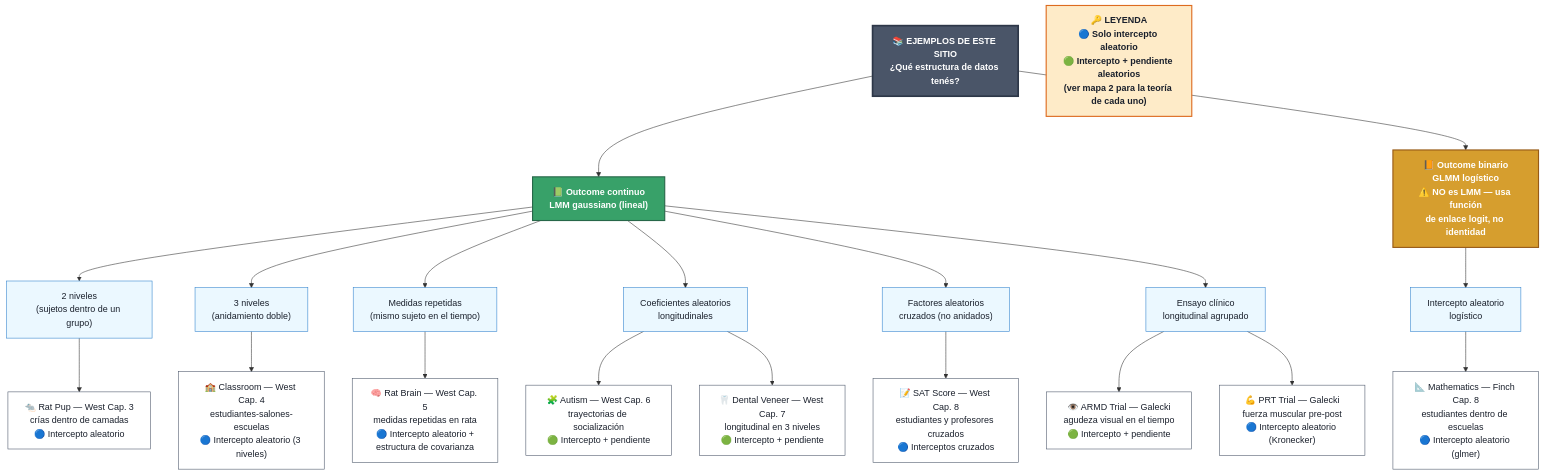
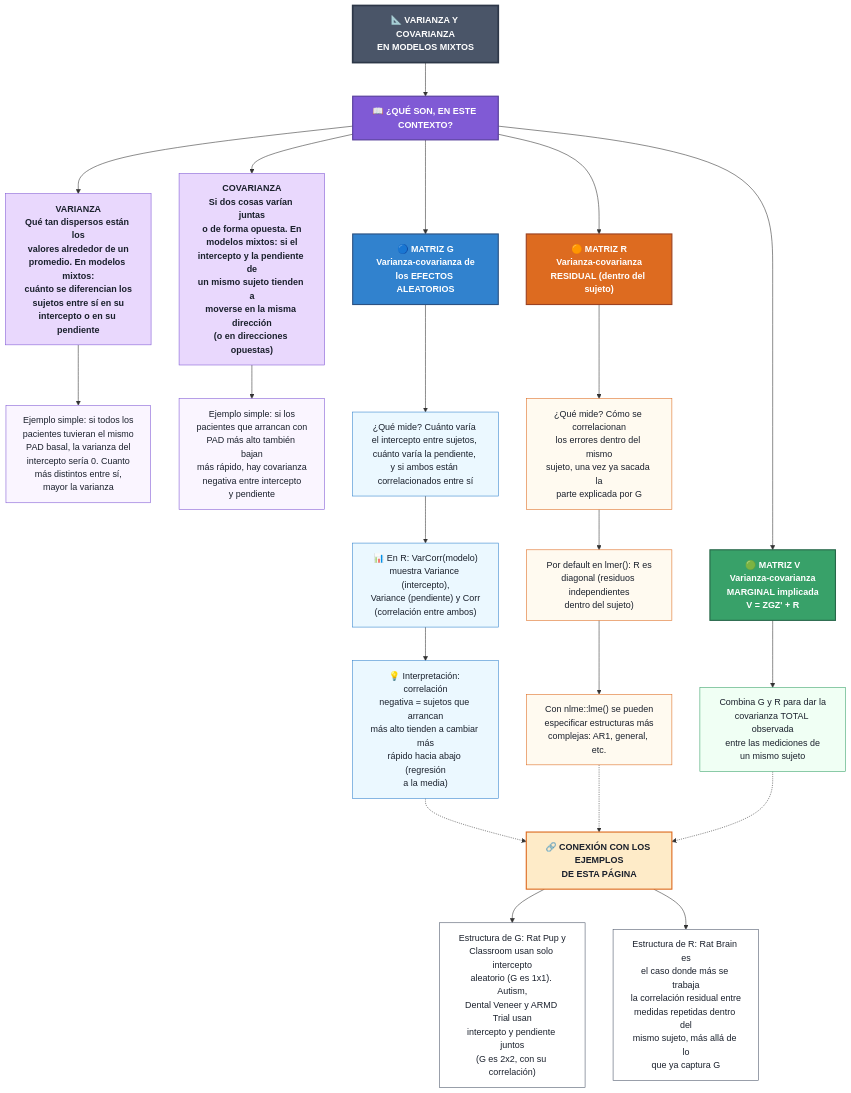
One commit to elenalazo20/Mixed-models changed the fifth of 6 diagrams in fundamentos.qmd. Above: the diagram before and after it, drawn with Mermaid. The commit also changed other lines of this file and 13 other files, not shown here.

````diff
--- a/fundamentos.qmd
+++ b/fundamentos.qmd
@@ -184,43 +183,61 @@
 ```{mermaid}
 %%{init: {'flowchart': {'curve': 'basis', 'nodeSpacing': 50, 'rankSpacing': 60}, 'themeVariables': {'fontSize': '16px'}} }%%
 flowchart TD
-    A["📚 EJEMPLOS DE ESTE SITIO<br/>¿Qué estructura de datos tenés?"]
+    A["📐 VARIANZA Y COVARIANZA<br/>EN MODELOS MIXTOS"]
 
-    A --> B["📗 Outcome continuo<br/>LMM gaussiano (lineal)"]
-    A --> C["📙 Outcome binario<br/>GLMM logístico<br/>⚠️ NO es LMM — usa función<br/>de enlace logit, no identidad"]
+    A --> INTRO["📖 ¿QUÉ SON, EN ESTE CONTEXTO?"]
 
-    B --> D["2 niveles<br/>(sujetos dentro de un grupo)"]
-    B --> E["3 niveles<br/>(anidamiento doble)"]
-    B --> F["Medidas repetidas<br/>(mismo sujeto en el tiempo)"]
-    B --> G["Coeficientes aleatorios<br/>longitudinales"]
-    B --> H["Factores aleatorios<br/>cruzados (no anidados)"]
-    B --> I["Ensayo clínico<br/>longitudinal agrupado"]
+    INTRO --> VAR["VARIANZA<br/>Qué tan dispersos están los<br/>valores alrededor de un<br/>promedio. En modelos mixtos:<br/>cuánto se diferencian los<br/>sujetos entre sí en su<br/>intercepto o en su pendiente"]
+    INTRO --> COV["COVARIANZA<br/>Si dos cosas varían juntas<br/>o de forma opuesta. En<br/>modelos mixtos: si el<br/>intercepto y la pendiente de<br/>un mismo sujeto tienden a<br/>moverse en la misma dirección<br/>(o en direcciones opuestas)"]
 
-    D --> D1["🐀 Rat Pup — West Cap. 3<br/>crías dentro de camadas<br/>🔵 Intercepto aleatorio"]
-    E --> E1["🏫 Classroom — West Cap. 4<br/>estudiantes-salones-escuelas<br/>🔵 Intercepto aleatorio (3 niveles)"]
-    F --> F1["🧠 Rat Brain — West Cap. 5<br/>medidas repetidas en rata<br/>🔵 Intercepto aleatorio +<br/>estructura de covarianza"]
-    G --> G1["🧩 Autism — West Cap. 6<br/>trayectorias de socialización<br/>🟢 Intercepto + pendiente"]
-    G --> G2["🦷 Dental Veneer — West Cap. 7<br/>longitudinal en 3 niveles<br/>🟢 Intercepto + pendiente"]
-    H --> H1["📝 SAT Score — West Cap. 8<br/>estudiantes y profesores cruzados<br/>🔵 Interceptos cruzados"]
-    I --> I1["👁️ ARMD Trial — Galecki<br/>agudeza visual en el tiempo<br/>🟢 Intercepto + pendiente"]
-    I --> I2["💪 PRT Trial — Galecki<br/>fuerza muscular pre-post<br/>🔵 Intercepto aleatorio (Kronecker)"]
+    VAR --> VAREJ["Ejemplo simple: si todos los<br/>pacientes tuvieran el mismo<br/>PAD basal, la varianza del<br/>intercepto sería 0. Cuanto<br/>más distintos entre sí,<br/>mayor la varianza"]
+    COV --> COVEJ["Ejemplo simple: si los<br/>pacientes que arrancan con<br/>PAD más alto también bajan<br/>más rápido, hay covarianza<br/>negativa entre intercepto<br/>y pendiente"]
 
-    C --> J["Intercepto aleatorio<br/>logístico"]
-    J --> J1["📐 Mathematics — Finch Cap. 8<br/>estudiantes dentro de escuelas<br/>🔵 Intercepto aleatorio (glmer)"]
+    INTRO --> G["🔵 MATRIZ G<br/>Varianza-covarianza de<br/>los EFECTOS ALEATORIOS"]
+    INTRO --> R["🟠 MATRIZ R<br/>Varianza-covarianza<br/>RESIDUAL (dentro del sujeto)"]
+    INTRO --> V["🟢 MATRIZ V<br/>Varianza-covarianza<br/>MARGINAL implicada<br/>V = ZGZ' + R"]
 
-    LEYENDA["🔑 LEYENDA<br/>🔵 Solo intercepto aleatorio<br/>🟢 Intercepto + pendiente aleatorios<br/>(ver mapa 2 para la teoría de cada uno)"]
+    G --> G1["¿Qué mide? Cuánto varía el intercepto entre sujetos, cuánto varía la pendiente, y si ambos están correlacionados entre sí"]
+    G1 --> G2["📊 En R: VarCorr(modelo)<br/>muestra Variance (intercepto),<br/>Variance (pendiente) y Corr<br/>(correlación entre ambos)"]
+    G2 --> G3["💡 Interpretación: correlación<br/>negativa = sujetos que arrancan<br/>más alto tienden a cambiar más<br/>rápido hacia abajo (regresión<br/>a la media)"]
+
+    R --> R1["¿Qué mide? Cómo se correlacionan<br/>los errores dentro del mismo<br/>sujeto, una vez ya sacada la<br/>parte explicada por G"]
+    R1 --> R2["Por default en lmer(): R es<br/>diagonal (residuos independientes<br/>dentro del sujeto)"]
+    R2 --> R3["Con nlme::lme() se pueden<br/>especificar estructuras más<br/>complejas: AR1, general, etc."]
+
+    V --> V1["Combina G y R para dar la<br/>covarianza TOTAL observada<br/>entre las mediciones de<br/>un mismo sujeto"]
+
+    CONEX["🔗 CONEXIÓN CON LOS EJEMPLOS<br/>DE ESTA PÁGINA"]
+    G3 -.-> CONEX
+    R3 -.-> CONEX
+    V1 -.-> CONEX
+
+    CONEX --> E1["Estructura de G: Rat Pup y<br/>Classroom usan solo intercepto<br/>aleatorio (G es 1x1). Autism,<br/>Dental Veneer y ARMD Trial usan<br/>intercepto y pendiente juntos<br/>(G es 2x2, con su correlación)"]
+    CONEX --> E2["Estructura de R: Rat Brain es<br/>el caso donde más se trabaja<br/>la correlación residual entre<br/>medidas repetidas dentro del<br/>mismo sujeto, más allá de lo<br/>que ya captura G"]
 
     classDef titulo fill:#4A5568,color:#fff,stroke:#2D3748,stroke-width:3px,font-weight:bold
-    classDef continuo fill:#38A169,color:#fff,stroke:#276749,stroke-width:2px,font-weight:bold
-    classDef binario fill:#D69E2E,color:#fff,stroke:#975A16,stroke-width:2px,font-weight:bold
-    classDef categoria fill:#EBF8FF,color:#1A202C,stroke:#3182CE,stroke-width:1px
+    classDef intro fill:#805AD5,color:#fff,stroke:#553C9A,stroke-width:2px,font-weight:bold
+    classDef varcov fill:#E9D8FD,color:#1A202C,stroke:#805AD5,stroke-width:1px,font-weight:bold
+    classDef ejsimple fill:#FAF5FF,color:#1A202C,stroke:#805AD5,stroke-width:1px
+    classDef matrizG fill:#3182CE,color:#fff,stroke:#2C5282,stroke-width:2px,font-weight:bold
+    classDef matrizR fill:#DD6B20,color:#fff,stroke:#9C4221,stroke-width:2px,font-weight:bold
+    classDef matrizV fill:#38A169,color:#fff,stroke:#276749,stroke-width:2px,font-weight:bold
+    classDef detalleG fill:#EBF8FF,color:#1A202C,stroke:#3182CE,stroke-width:1px
+    classDef detalleR fill:#FFFAF0,color:#1A202C,stroke:#DD6B20,stroke-width:1px
+    classDef detalleV fill:#F0FFF4,color:#1A202C,stroke:#38A169,stroke-width:1px
+    classDef conexion fill:#FEEBC8,color:#1A202C,stroke:#DD6B20,stroke-width:2px,font-weight:bold
     classDef ejemplo fill:#FFFFFF,color:#1A202C,stroke:#4A5568,stroke-width:1px
-    classDef leyenda fill:#FEEBC8,color:#1A202C,stroke:#DD6B20,stroke-width:2px,font-weight:bold
 
     class A titulo
-    class B continuo
-    class C binario
-    class D,E,F,G,H,I,J categoria
-    class D1,E1,F1,G1,G2,H1,I1,I2,J1 ejemplo
-    class LEYENDA leyenda
+    class INTRO intro
+    class VAR,COV varcov
+    class VAREJ,COVEJ ejsimple
+    class G matrizG
+    class R matrizR
+    class V matrizV
+    class G1,G2,G3 detalleG
+    class R1,R2,R3 detalleR
+    class V1 detalleV
+    class CONEX conexion
+    class E1,E2 ejemplo
 ```
````
